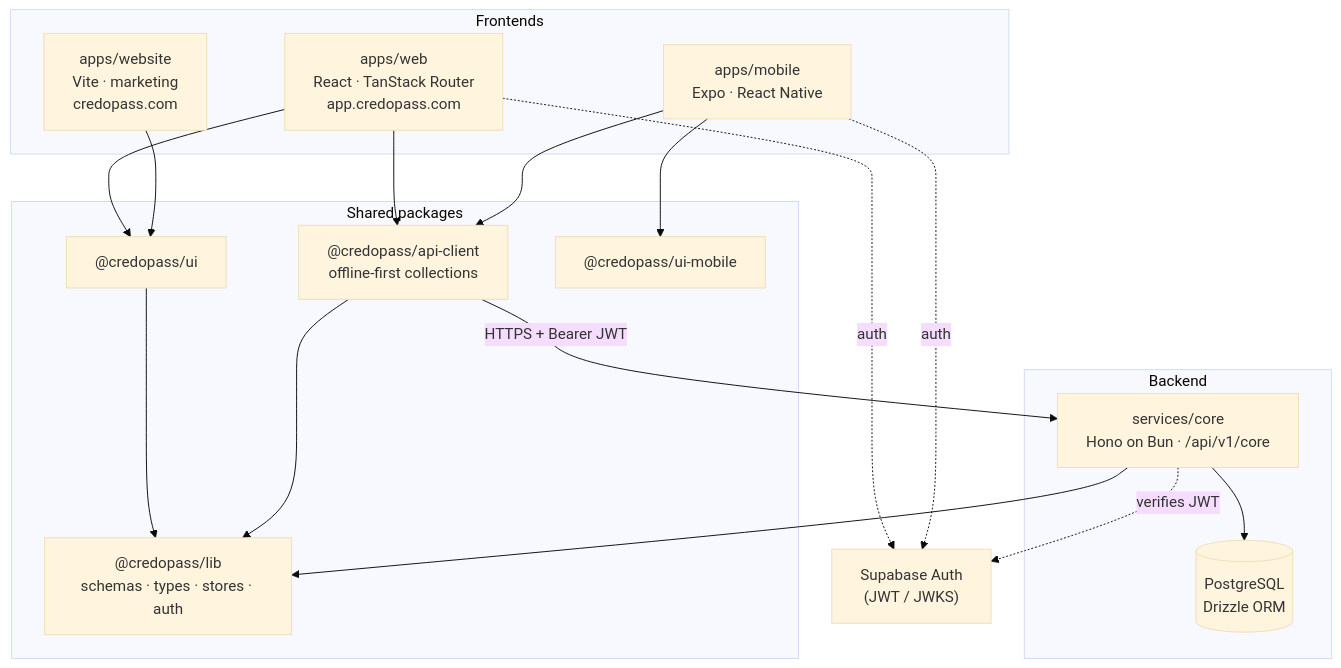
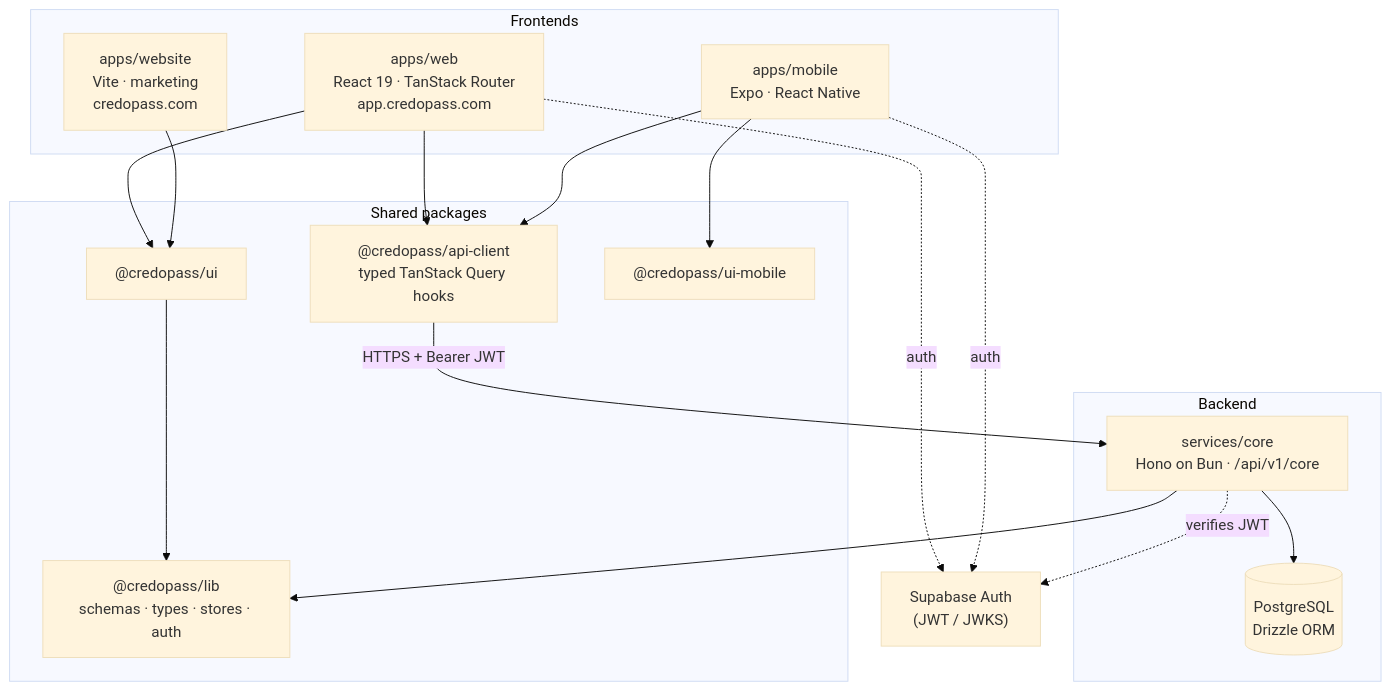
The second of 4 diagrams in README.md (codewreaker/credopass), drawn with Mermaid (base theme) before and after one commit. The commit also changed other lines of this file and 39 other files, not shown here.

````diff
--- a/README.md
+++ b/README.md
@@ -59,35 +59,34 @@
 ```mermaid
 flowchart TD
     subgraph Frontends
-        Web["apps/web<br/>React · TanStack Router<br/>app.credopass.com"]
+        Web["apps/web<br/>React 19 · TanStack Router<br/>app.credopass.com"]
         Mobile["apps/mobile<br/>Expo · React Native"]
         Site["apps/website<br/>Vite · marketing<br/>credopass.com"]
     end
 
     subgraph Shared["Shared packages"]
         Lib["@credopass/lib<br/>schemas · types · stores · auth"]
-        ApiClient["@credopass/api-client<br/>offline-first collections"]
+        ApiClient["@credopass/api-client<br/>typed TanStack Query hooks"]
         UI["@credopass/ui"]
         UIM["@credopass/ui-mobile"]
     end
 
     subgraph Backend
         Core["services/core<br/>Hono on Bun · /api/v1/core"]
         DB[("PostgreSQL<br/>Drizzle ORM")]
     end
 
     Supa["Supabase Auth<br/>(JWT / JWKS)"]
 
     Web --> UI --> Lib
     Site --> UI
     Mobile --> UIM
     Web --> ApiClient
     Mobile --> ApiClient
-    ApiClient --> Lib
     ApiClient -->|HTTPS + Bearer JWT| Core
     Core --> Lib
     Core --> DB
     Web -.auth.-> Supa
     Mobile -.auth.-> Supa
     Core -.verifies JWT.-> Supa
 ```
````
